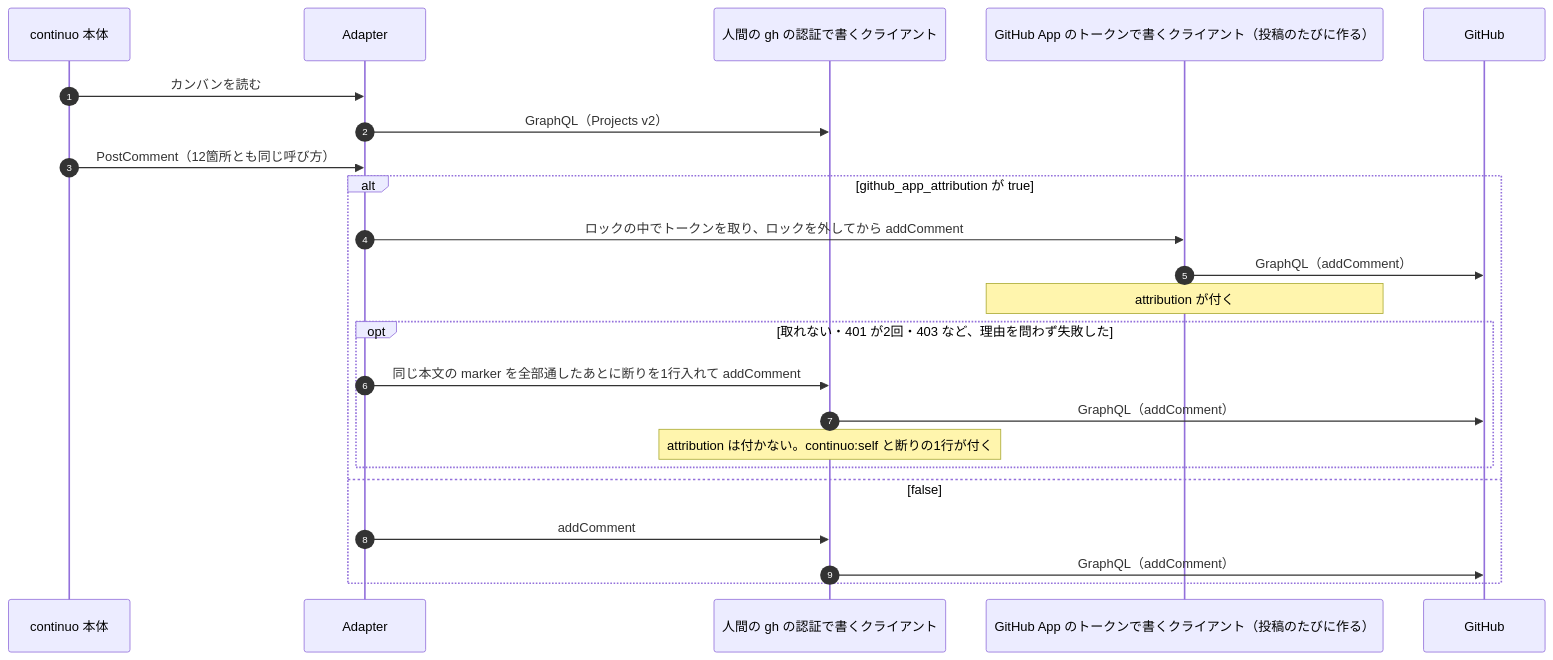
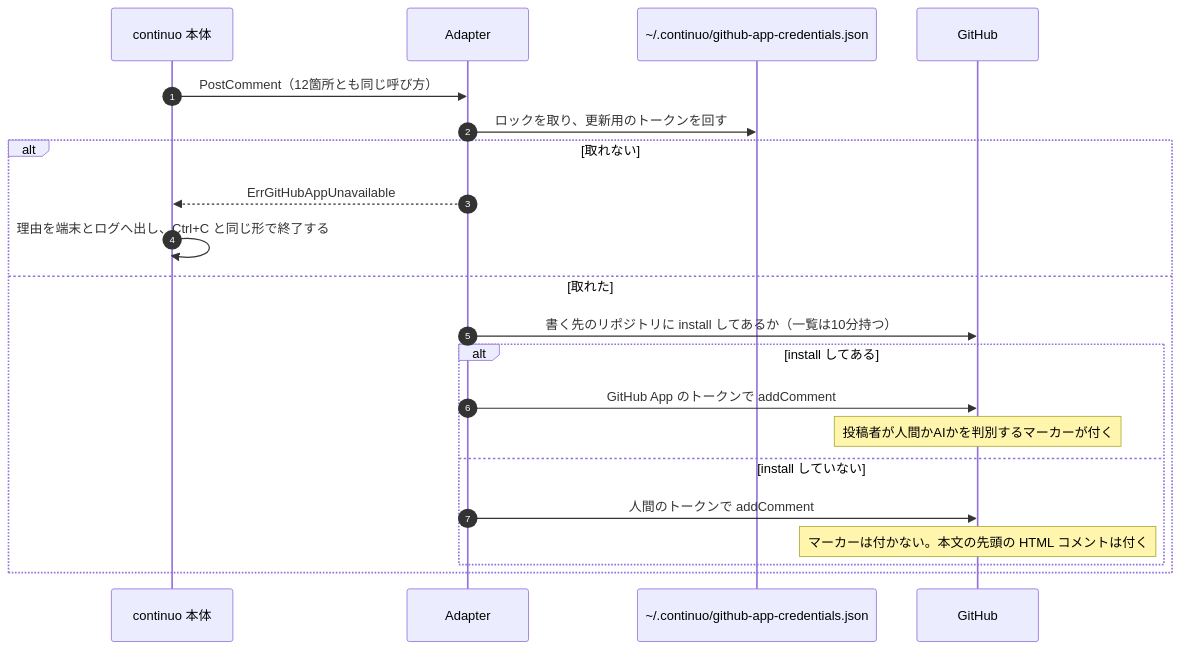
One commit to maimuzo/continuo changed the tenth of 12 diagrams in docs/plans/impl/issue245_github_app_attribution.md. Above: the diagram before and after it, drawn with Mermaid. The commit also changed other lines of this file, not shown here.

First line of the commit message:
計画ファイルの 6 を承認された設計に書き換える gh wrapper と continuo gh と continuo read-issue を足し、人間のトークンで投稿し直す仕組みをやめる

````diff
--- a/docs/plans/impl/issue245_github_app_attribution.md
+++ b/docs/plans/impl/issue245_github_app_attribution.md
@@ -1276,25 +974,23 @@
 ```mermaid
 sequenceDiagram
     autonumber
-    participant O as continuo 本体
+    participant C as continuo 本体
     participant A as Adapter
-    participant T1 as 人間の gh の認証で書くクライアント
-    participant T2 as GitHub App のトークンで書くクライアント（投稿のたびに作る）
+    participant F as ~/.continuo/github-app-credentials.json
     participant GH as GitHub
-    O->>A: カンバンを読む
-    A->>T1: GraphQL（Projects v2）
-    O->>A: PostComment（12箇所とも同じ呼び方）
-    alt github_app_attribution が true
-        A->>T2: ロックの中でトークンを取り、ロックを外してから addComment
-        T2->>GH: GraphQL（addComment）
-        Note over T2: attribution が付く
-        opt 取れない・401 が2回・403 など、理由を問わず失敗した
-            A->>T1: 同じ本文の marker を全部通したあとに断りを1行入れて addComment
-            T1->>GH: GraphQL（addComment）
-            Note over T1: attribution は付かない。continuo:self と断りの1行が付く
+    C->>A: PostComment（12箇所とも同じ呼び方）
+    A->>F: ロックを取り、更新用のトークンを回す
+    alt 取れない
+        A-->>C: ErrGitHubAppUnavailable
+        C->>C: 理由を端末とログへ出し、Ctrl+C と同じ形で終了する
+    else 取れた
+        A->>GH: 書く先のリポジトリに install してあるか（一覧は10分持つ）
+        alt install してある
+            A->>GH: GitHub App のトークンで addComment
+            Note over GH: 投稿者が人間かAIかを判別するマーカーが付く
+        else install していない
+            A->>GH: 人間のトークンで addComment
+            Note over GH: マーカーは付かない。本文の先頭の HTML コメントは付く
         end
-    else false
-        A->>T1: addComment
-        T1->>GH: GraphQL（addComment）
     end
 ```
````
